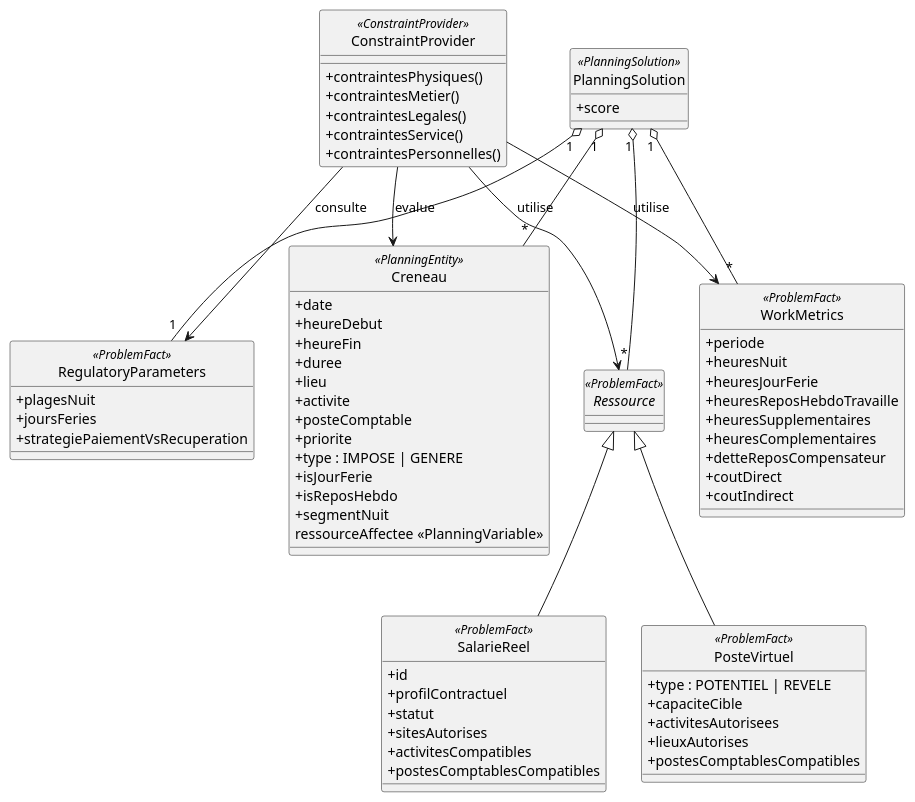
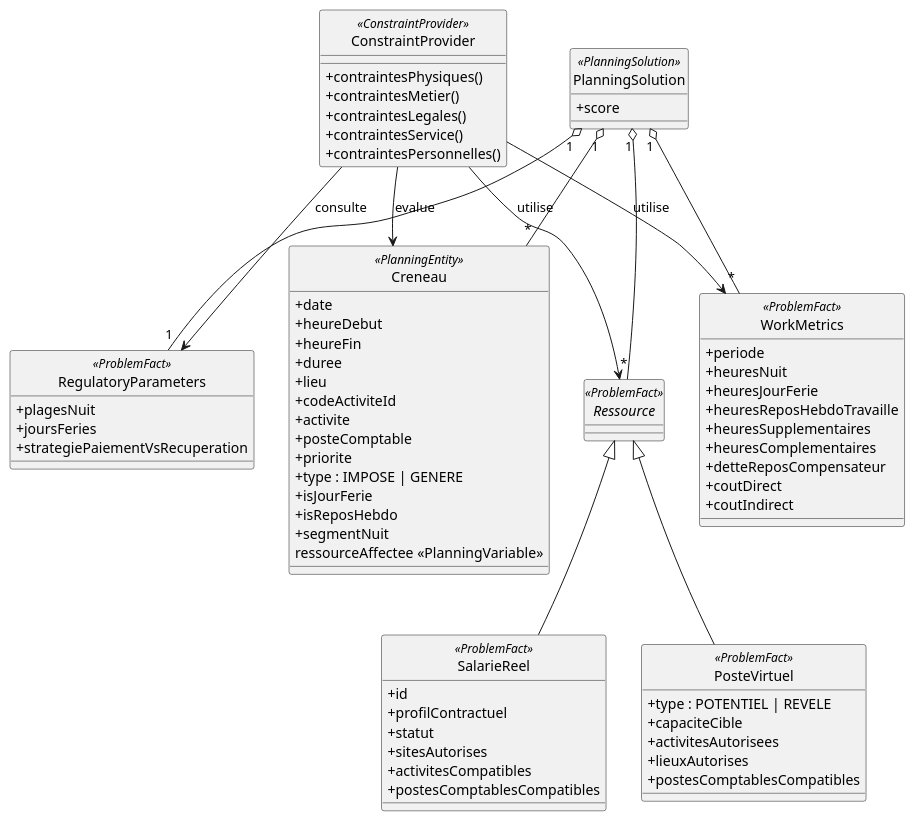
Before and after one commit to cpovereau/ocealia-planning-engine: the diagram in docs/UML.md, drawn with PlantUML. The commit also changed 12 other files, not shown here.

```diff
--- a/docs/UML.md
+++ b/docs/UML.md
@@ -46,6 +46,7 @@
   +heureFin
   +duree
   +lieu
+  +codeActiviteId
   +activite
   +posteComptable
   +priorite
```
